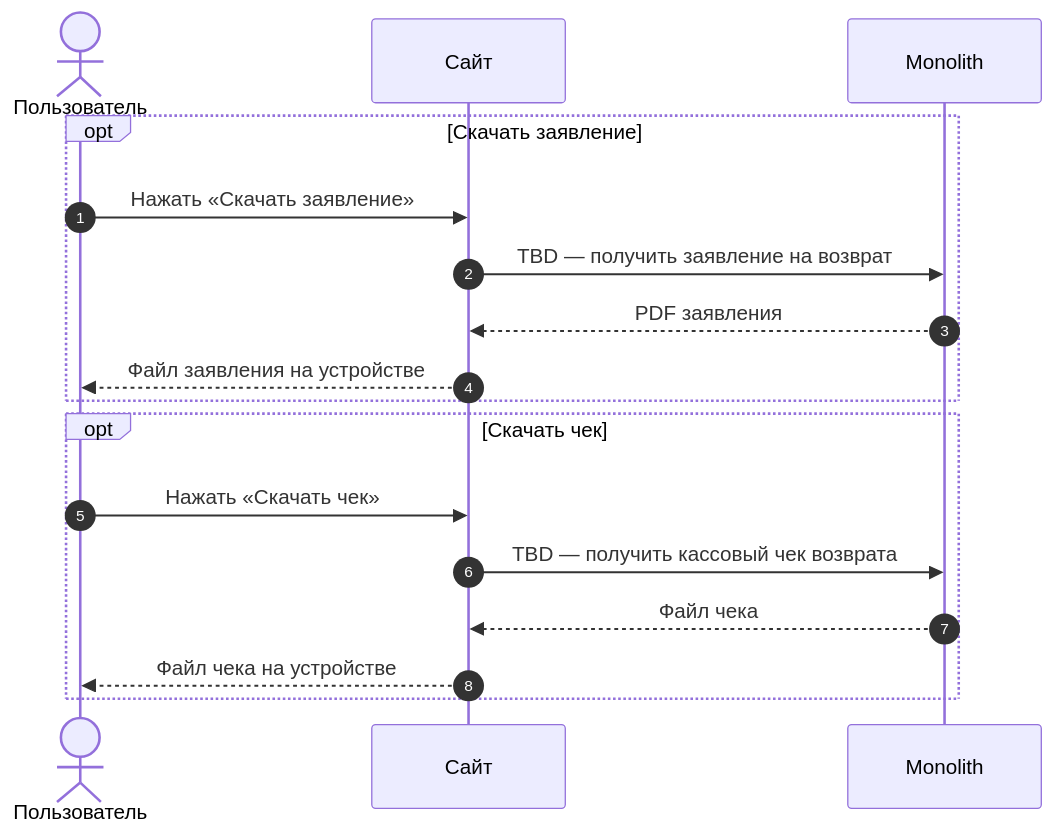
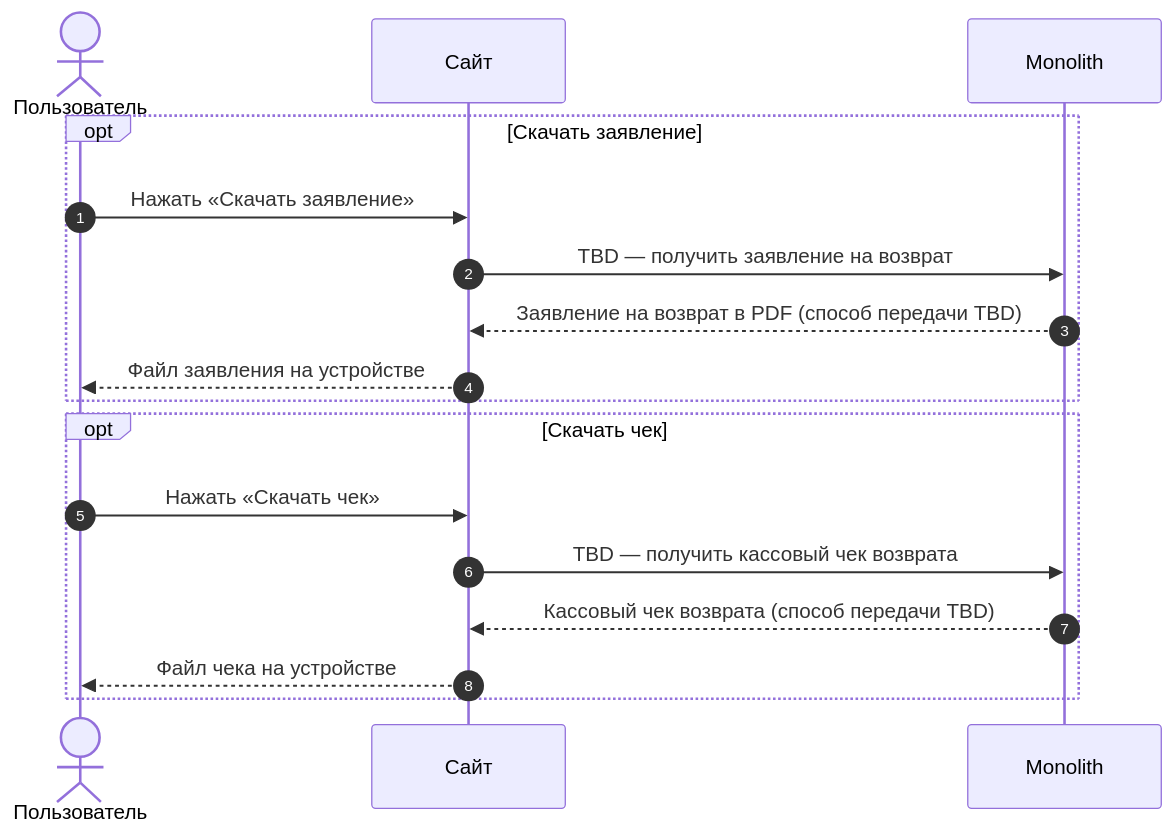
Diagram 23 of 26 in projects/returns-2.0/requirements/srs/srs-web-mvp.md (Terinss155/opencode-agents-analysis), drawn with Mermaid before and after one commit. The commit also changed other lines of this file and 33 other files, not shown here.

````diff
--- a/projects/returns-2.0/requirements/srs/srs-web-mvp.md
+++ b/projects/returns-2.0/requirements/srs/srs-web-mvp.md
@@ -1434,21 +1406,21 @@
 ```mermaid
 sequenceDiagram
     autonumber
     actor U as Пользователь
     participant WEB as Сайт
     participant MON as Monolith
 
     opt Скачать заявление
         U->>WEB: Нажать «Скачать заявление»
         WEB->>MON: TBD — получить заявление на возврат
-        MON-->>WEB: PDF заявления
+        MON-->>WEB: Заявление на возврат в PDF (способ передачи TBD)
         WEB-->>U: Файл заявления на устройстве
     end
 
     opt Скачать чек
         U->>WEB: Нажать «Скачать чек»
         WEB->>MON: TBD — получить кассовый чек возврата
-        MON-->>WEB: Файл чека
+        MON-->>WEB: Кассовый чек возврата (способ передачи TBD)
         WEB-->>U: Файл чека на устройстве
     end
 ```
````
